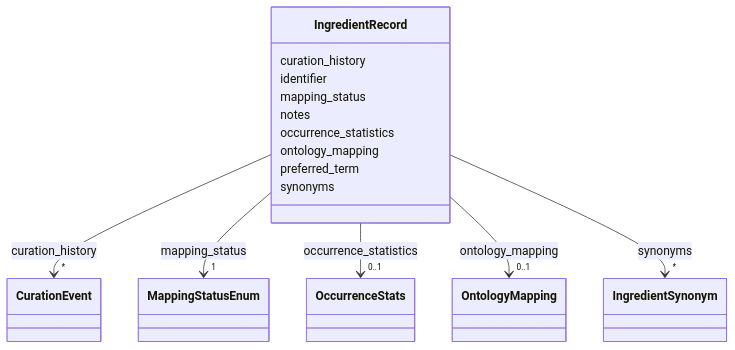
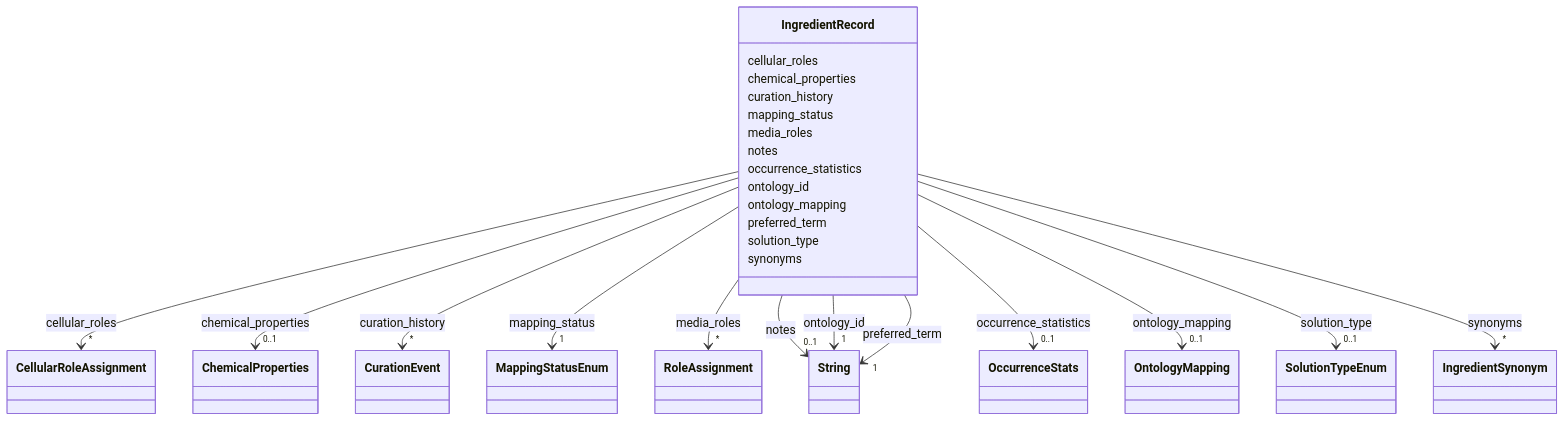
The diagram in docs/IngredientRecord.md (CultureBotAI/MediaIngredientMech), drawn with Mermaid before and after one commit. The commit also changed other lines of this file and 87 other files, not shown here.

```diff
--- a/docs/IngredientRecord.md
+++ b/docs/IngredientRecord.md
@@ -19,6 +19,28 @@
  classDiagram
     class IngredientRecord
     click IngredientRecord href "../IngredientRecord/"
+      IngredientRecord : cellular_roles
+        
+          
+    
+        
+        
+        IngredientRecord --> "*" CellularRoleAssignment : cellular_roles
+        click CellularRoleAssignment href "../CellularRoleAssignment/"
+    
+
+        
+      IngredientRecord : chemical_properties
+        
+          
+    
+        
+        
+        IngredientRecord --> "0..1" ChemicalProperties : chemical_properties
+        click ChemicalProperties href "../ChemicalProperties/"
+    
+
+        
       IngredientRecord : curation_history
         
           
@@ -29,8 +51,6 @@
         click CurationEvent href "../CurationEvent/"
     
 
-        
-      IngredientRecord : identifier
         
       IngredientRecord : mapping_status
         
@@ -43,7 +63,27 @@
     
 
         
+      IngredientRecord : media_roles
+        
+          
+    
+        
+        
+        IngredientRecord --> "*" RoleAssignment : media_roles
+        click RoleAssignment href "../RoleAssignment/"
+    
+
+        
       IngredientRecord : notes
+        
+          
+    
+        
+        
+        IngredientRecord --> "0..1" String : notes
+        click String href "../http://www.w3.org/2001/XMLSchema#string/"
+    
+
         
       IngredientRecord : occurrence_statistics
         
@@ -53,6 +93,17 @@
         
         IngredientRecord --> "0..1" OccurrenceStats : occurrence_statistics
         click OccurrenceStats href "../OccurrenceStats/"
+    
+
+        
+      IngredientRecord : ontology_id
+        
+          
+    
+        
+        
+        IngredientRecord --> "1" String : ontology_id
+        click String href "../http://www.w3.org/2001/XMLSchema#string/"
     
 
         
@@ -69,6 +120,26 @@
         
       IngredientRecord : preferred_term
         
+          
+    
+        
+        
+        IngredientRecord --> "1" String : preferred_term
+        click String href "../http://www.w3.org/2001/XMLSchema#string/"
+    
+
+        
+      IngredientRecord : solution_type
+        
+          
+    
+        
+        
+        IngredientRecord --> "0..1" SolutionTypeEnum : solution_type
+        click SolutionTypeEnum href "../SolutionTypeEnum/"
+    
+
+        
       IngredientRecord : synonyms
         
           
```
